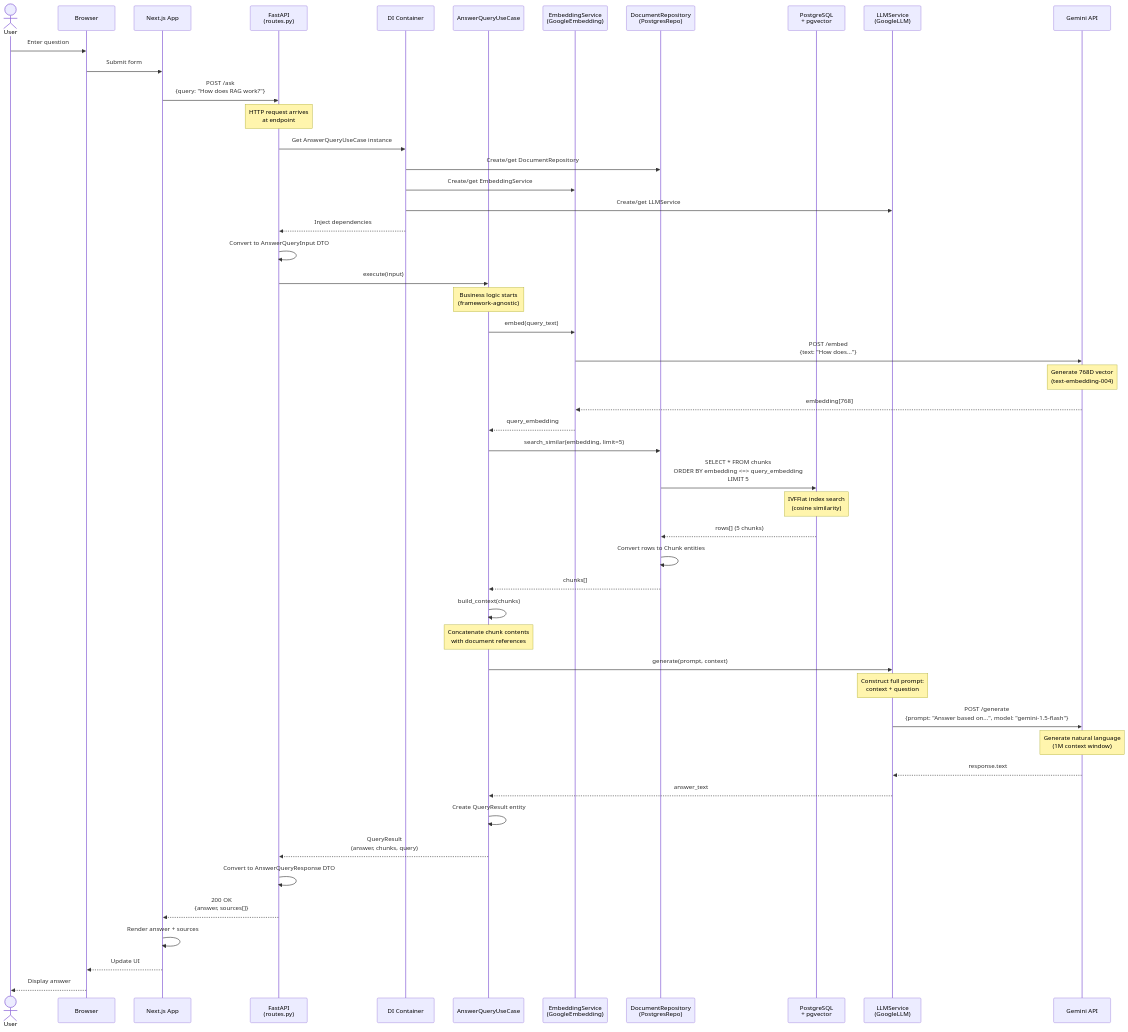
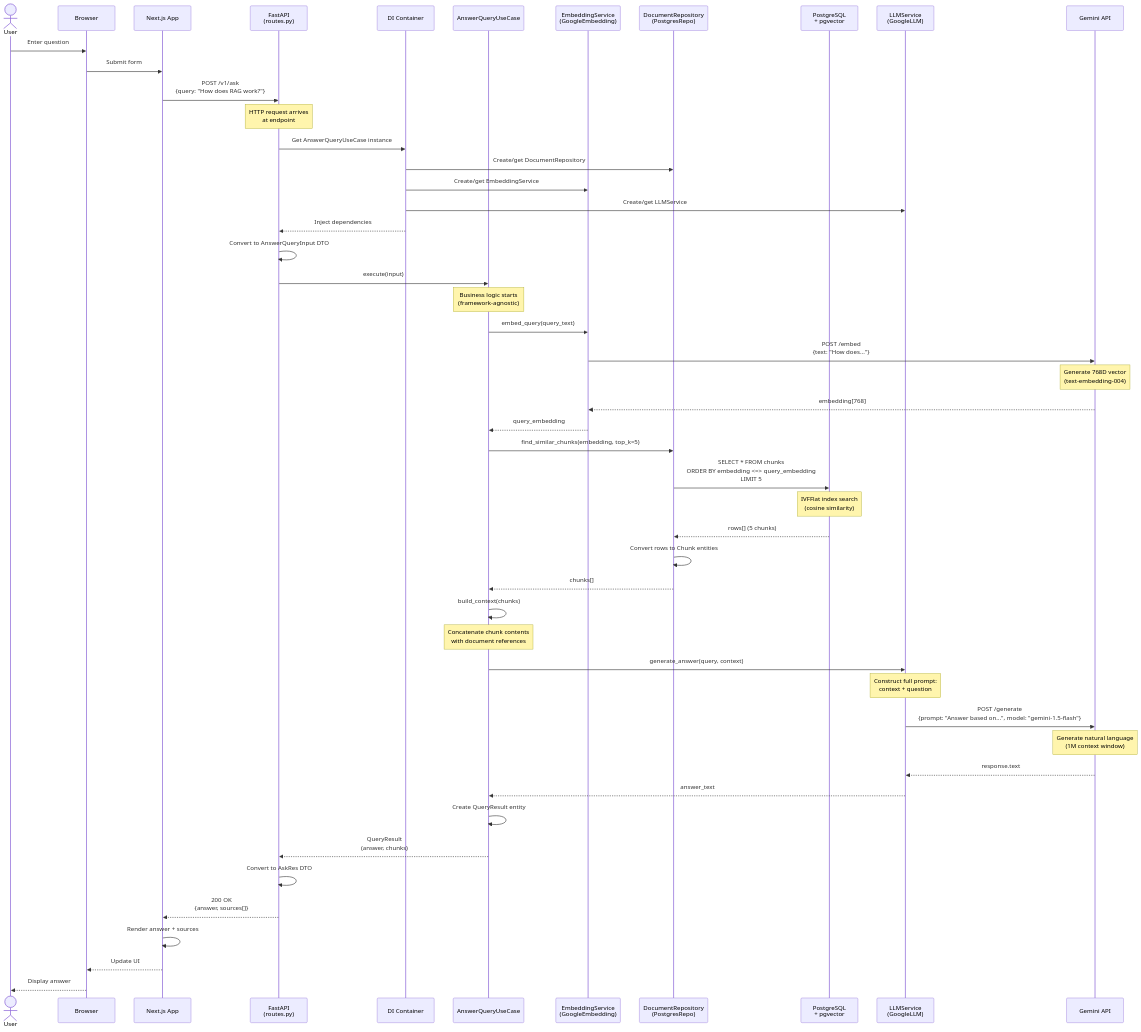
One commit to SaintWyss/rag-corp changed the first of 3 diagrams in doc/diagrams/sequence-rag-flow.md. Above: the diagram before and after it, drawn with Mermaid. The commit also changed other lines of this file and 34 other files, not shown here.

````diff
--- a/doc/diagrams/sequence-rag-flow.md
+++ b/doc/diagrams/sequence-rag-flow.md
@@ -13,76 +13,76 @@
 ```mermaid
 sequenceDiagram
     actor User
     participant Browser
     participant NextJS as Next.js App
     participant FastAPI as FastAPI<br/>(routes.py)
     participant DI as DI Container
     participant UseCase as AnswerQueryUseCase
     participant EmbedSvc as EmbeddingService<br/>(GoogleEmbedding)
     participant Repo as DocumentRepository<br/>(PostgresRepo)
     participant DB as PostgreSQL<br/>+ pgvector
     participant LLMSvc as LLMService<br/>(GoogleLLM)
     participant Gemini as Gemini API
 
     %% User initiates query
     User->>Browser: Enter question
     Browser->>NextJS: Submit form
     
     %% Frontend to Backend
-    NextJS->>FastAPI: POST /ask<br/>{query: "How does RAG work?"}
+    NextJS->>FastAPI: POST /v1/ask<br/>{query: "How does RAG work?"}
     Note over FastAPI: HTTP request arrives<br/>at endpoint
     
     %% Dependency Injection
     FastAPI->>DI: Get AnswerQueryUseCase instance
     DI->>Repo: Create/get DocumentRepository
     DI->>EmbedSvc: Create/get EmbeddingService
     DI->>LLMSvc: Create/get LLMService
     DI-->>FastAPI: Inject dependencies
     
     %% Convert HTTP to domain
     FastAPI->>FastAPI: Convert to AnswerQueryInput DTO
     
     %% Execute use case
     FastAPI->>UseCase: execute(input)
     Note over UseCase: Business logic starts<br/>(framework-agnostic)
     
     %% Step 1: Embed query
-    UseCase->>EmbedSvc: embed(query_text)
+    UseCase->>EmbedSvc: embed_query(query_text)
     EmbedSvc->>Gemini: POST /embed<br/>{text: "How does..."}
     Note over Gemini: Generate 768D vector<br/>(text-embedding-004)
     Gemini-->>EmbedSvc: embedding[768]
     EmbedSvc-->>UseCase: query_embedding
     
     %% Step 2: Retrieve similar chunks
-    UseCase->>Repo: search_similar(embedding, limit=5)
+    UseCase->>Repo: find_similar_chunks(embedding, top_k=5)
     Repo->>DB: SELECT * FROM chunks<br/>ORDER BY embedding <=> query_embedding<br/>LIMIT 5
     Note over DB: IVFFlat index search<br/>(cosine similarity)
     DB-->>Repo: rows[] (5 chunks)
     Repo->>Repo: Convert rows to Chunk entities
     Repo-->>UseCase: chunks[]
     
     %% Step 3: Build context
     UseCase->>UseCase: build_context(chunks)
     Note over UseCase: Concatenate chunk contents<br/>with document references
     
     %% Step 4: Generate answer
-    UseCase->>LLMSvc: generate(prompt, context)
+    UseCase->>LLMSvc: generate_answer(query, context)
     Note over LLMSvc: Construct full prompt:<br/>context + question
     LLMSvc->>Gemini: POST /generate<br/>{prompt: "Answer based on...", model: "gemini-1.5-flash"}
     Note over Gemini: Generate natural language<br/>(1M context window)
     Gemini-->>LLMSvc: response.text
     LLMSvc-->>UseCase: answer_text
     
     %% Step 5: Return result
     UseCase->>UseCase: Create QueryResult entity
-    UseCase-->>FastAPI: QueryResult<br/>(answer, chunks, query)
+    UseCase-->>FastAPI: QueryResult<br/>(answer, chunks)
     
     %% Convert domain to HTTP
-    FastAPI->>FastAPI: Convert to AnswerQueryResponse DTO
+    FastAPI->>FastAPI: Convert to AskRes DTO
     FastAPI-->>NextJS: 200 OK<br/>{answer, sources[]}
     
     %% Display to user
     NextJS->>NextJS: Render answer + sources
     NextJS-->>Browser: Update UI
     Browser-->>User: Display answer
 ```
````
